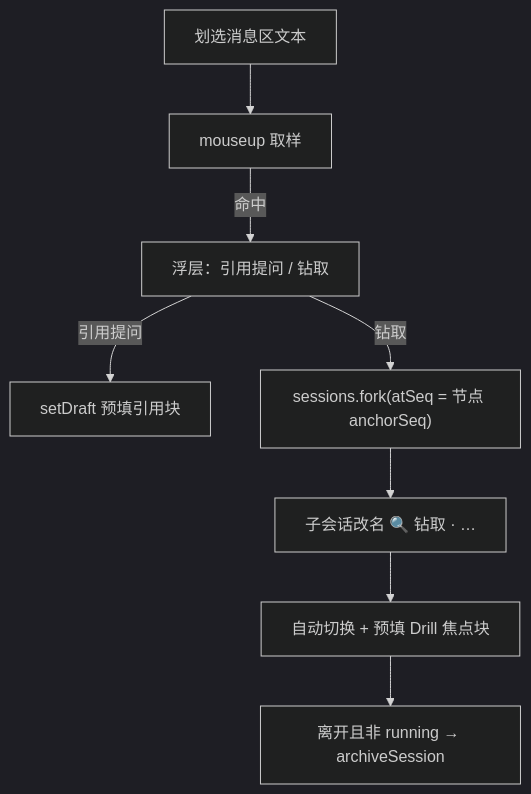
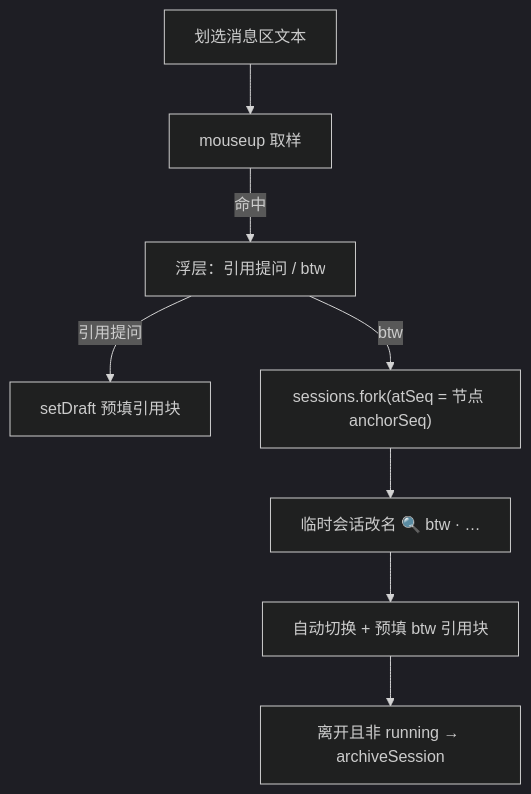
The diagram in README.md (jasonjiang9527/dsh-plugins), drawn with Mermaid (dark theme) before and after one commit. The commit also changed other lines of this file and 6 other files, not shown here.

First line of the commit message:
refactor!: rename drill -> btw (one-off aside session, cf. Claude Code /btw)

````diff
--- a/README.md
+++ b/README.md
@@ -60,10 +62,10 @@
 ```mermaid
 flowchart TD
     A[划选消息区文本] --> B[mouseup 取样]
-    B -->|命中| C[浮层：引用提问 / 钻取]
+    B -->|命中| C[浮层：引用提问 / btw]
     C -->|引用提问| D[setDraft 预填引用块]
-    C -->|钻取| E["sessions.fork(atSeq = 节点 anchorSeq)"]
-    E --> F[子会话改名 🔍 钻取 · …]
-    F --> G[自动切换 + 预填 Drill 焦点块]
+    C -->|btw| E["sessions.fork(atSeq = 节点 anchorSeq)"]
+    E --> F[临时会话改名 🔍 btw · …]
+    F --> G[自动切换 + 预填 btw 引用块]
     G --> H[离开且非 running → archiveSession]
 ```
````
